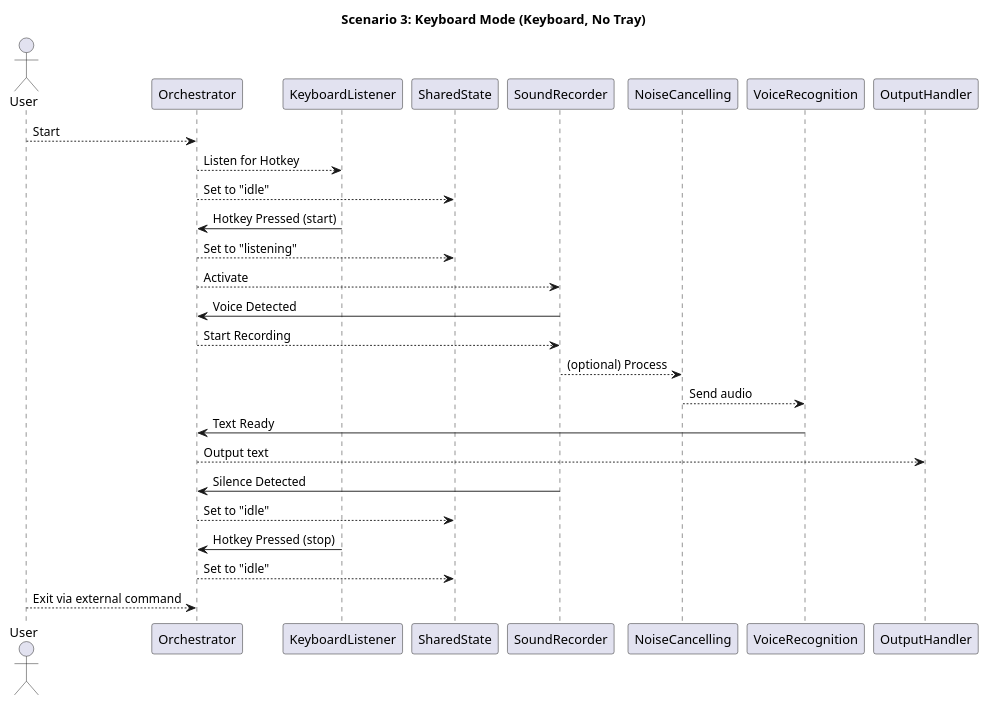
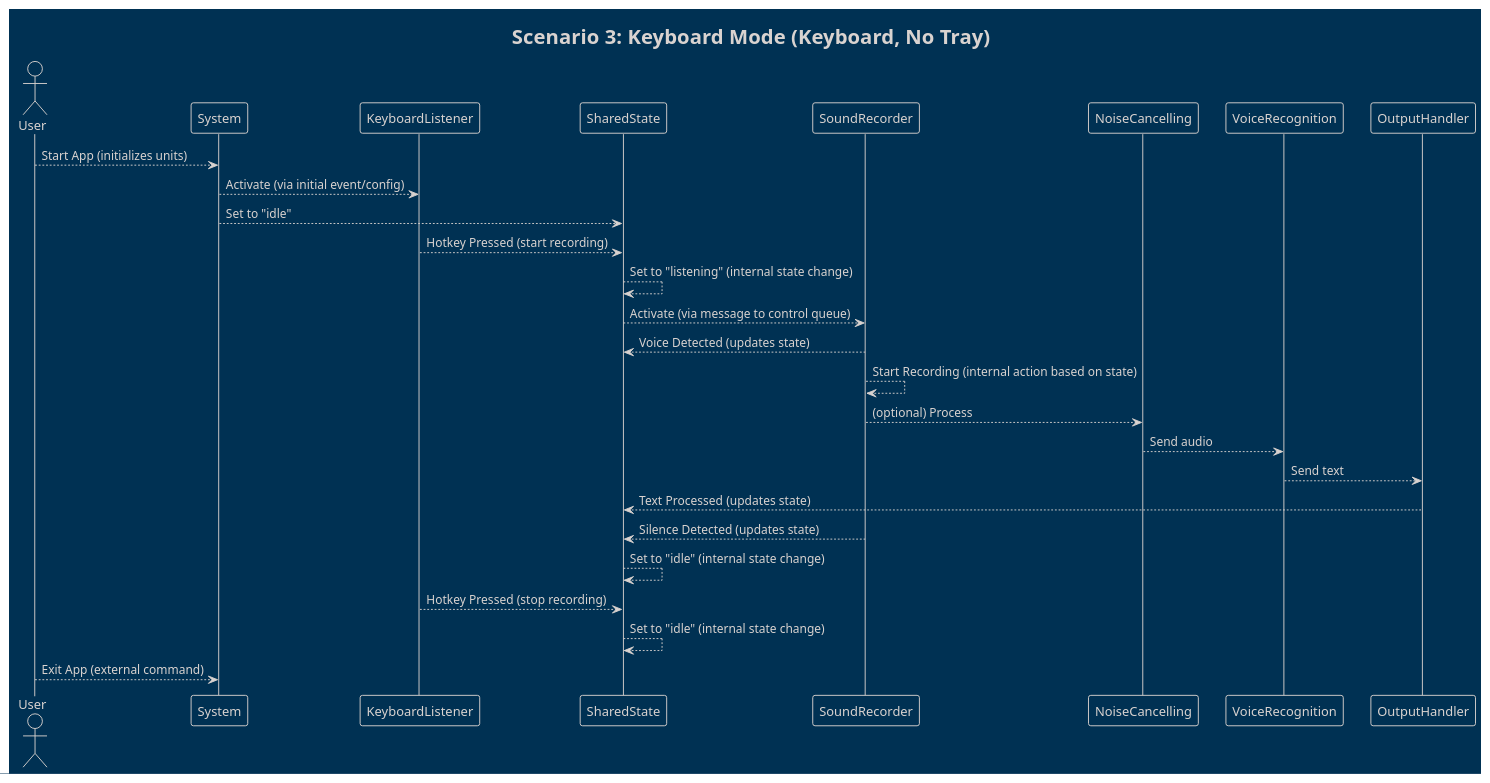
The fourth of 6 diagrams in docs/architecture v0.1.0/scenarios.md (vovka/ubuntu_voice_to_text), drawn with PlantUML before and after one commit. The commit also changed other lines of this file and 7 other files, not shown here.

Commit message:
Reworked architecture to choreography

````diff
--- a/docs/architecture v0.1.0/scenarios.md
+++ b/docs/architecture v0.1.0/scenarios.md
@@ -109,29 +111,29 @@
 ```plantuml
-@startuml
+!theme blueprint
 title Scenario 3: Keyboard Mode (Keyboard, No Tray)
 
 actor User
 
-User --> Orchestrator: Start
-Orchestrator --> KeyboardListener: Listen for Hotkey
-Orchestrator --> SharedState: Set to "idle"
+User --> System: Start App (initializes units)
+System --> KeyboardListener: Activate (via initial event/config)
+System --> SharedState: Set to "idle"
 
-KeyboardListener -> Orchestrator: Hotkey Pressed (start)
-Orchestrator --> SharedState: Set to "listening"
-Orchestrator --> SoundRecorder: Activate
+KeyboardListener --> SharedState: Hotkey Pressed (start recording)
+SharedState --> SharedState: Set to "listening" (internal state change)
+SharedState --> SoundRecorder: Activate (via message to control queue)
 
-SoundRecorder -> Orchestrator: Voice Detected
-Orchestrator --> SoundRecorder: Start Recording
+SoundRecorder --> SharedState: Voice Detected (updates state)
+SoundRecorder --> SoundRecorder: Start Recording (internal action based on state)
 SoundRecorder --> NoiseCancelling: (optional) Process
 NoiseCancelling --> VoiceRecognition: Send audio
-VoiceRecognition -> Orchestrator: Text Ready
-Orchestrator --> OutputHandler: Output text
+VoiceRecognition --> OutputHandler: Send text
+OutputHandler --> SharedState: Text Processed (updates state)
 
-SoundRecorder -> Orchestrator: Silence Detected
-Orchestrator --> SharedState: Set to "idle"
-KeyboardListener -> Orchestrator: Hotkey Pressed (stop)
-Orchestrator --> SharedState: Set to "idle"
-User --> Orchestrator: Exit via external command
+SoundRecorder --> SharedState: Silence Detected (updates state)
+SharedState --> SharedState: Set to "idle" (internal state change)
+KeyboardListener --> SharedState: Hotkey Pressed (stop recording)
+SharedState --> SharedState: Set to "idle" (internal state change)
+User --> System: Exit App (external command)
 
 @enduml
 ```
````
